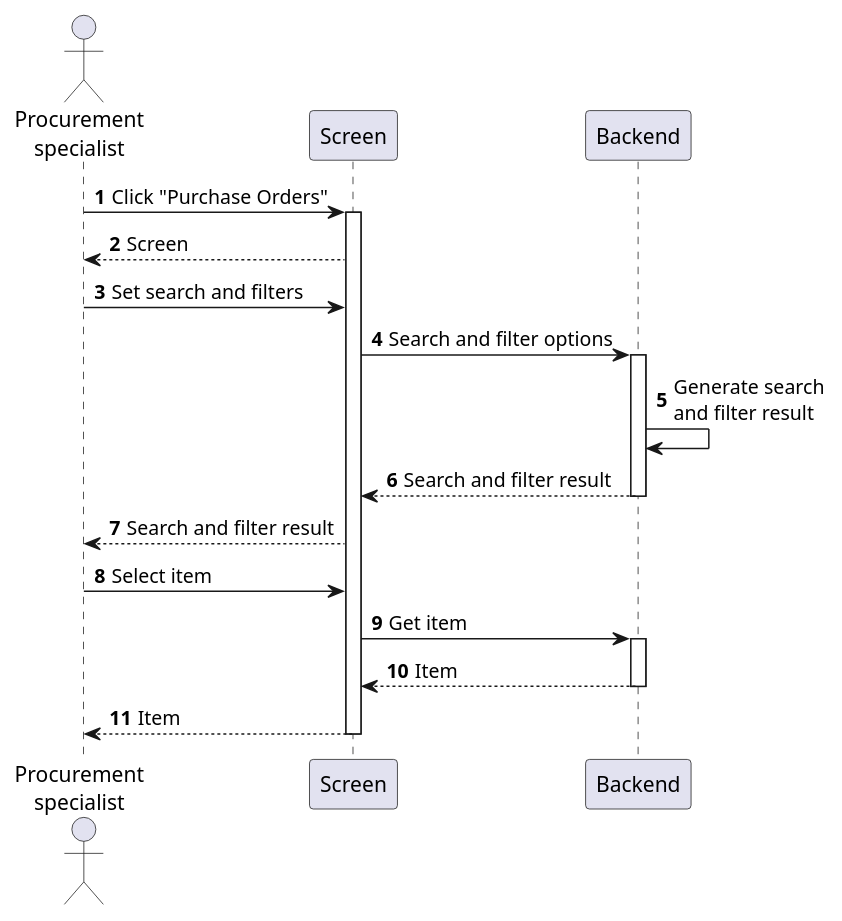
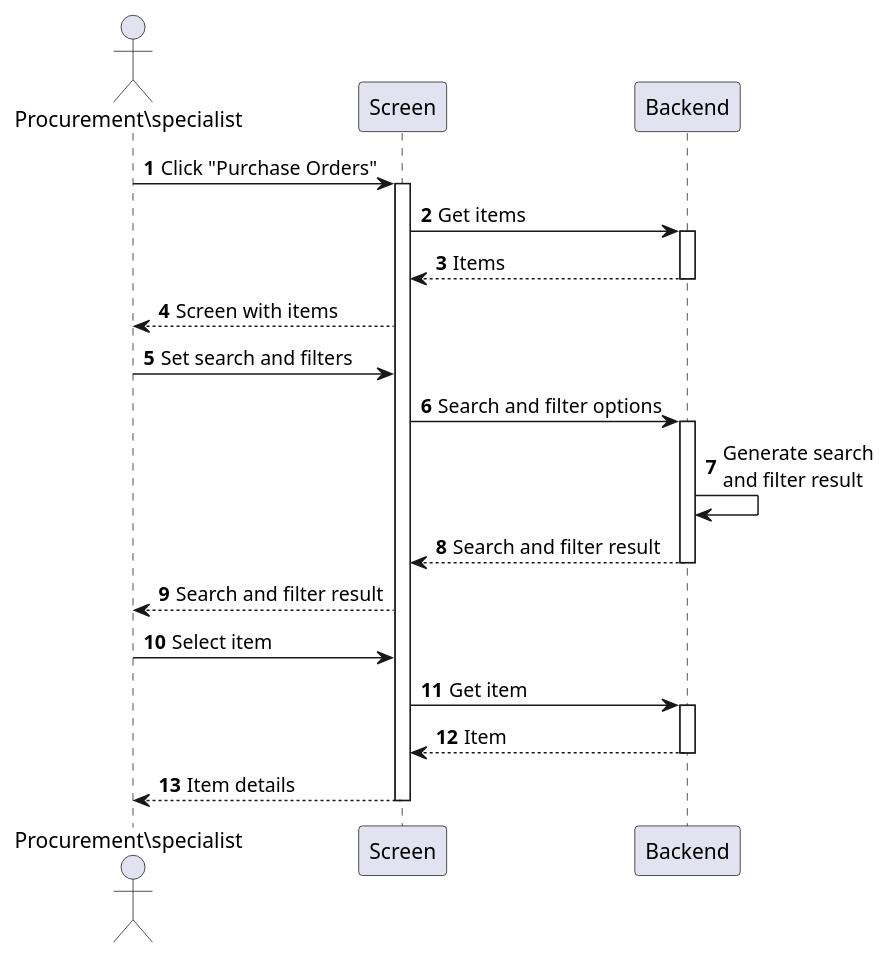
One commit to phihungha/scmss-reqs changed the diagram in sequences/purchase-order-view.plantuml. Above: the diagram before and after it, drawn with PlantUML. The commit also changed 7 other files, not shown here.

Commit message:
Sequence diagrams for procurement and user manage use cases

```diff
--- a/sequences/purchase-order-view.plantuml
+++ b/sequences/purchase-order-view.plantuml
@@ -1,22 +1,25 @@
-@startuml purchase-order-view
+@startuml purchase-requisition-view
 autonumber
 
-actor "Procurement\nspecialist" as a
+actor "Procurement\specialist" as a
 participant Screen as f
 participant Backend as b
 
 a -> f : Click "Purchase Orders"
 activate f
-f --> a : Screen
+f -> b : Get items
+activate b
+return Items
+f --> a : Screen with items
 a -> f : Set search and filters
 f -> b : Search and filter options
 activate b
 b -> b : Generate search\nand filter result
 return Search and filter result
 f --> a : Search and filter result
 a -> f : Select item
 f -> b : Get item
 activate b
 return Item
-return Item
+return Item details
 @enduml
```
